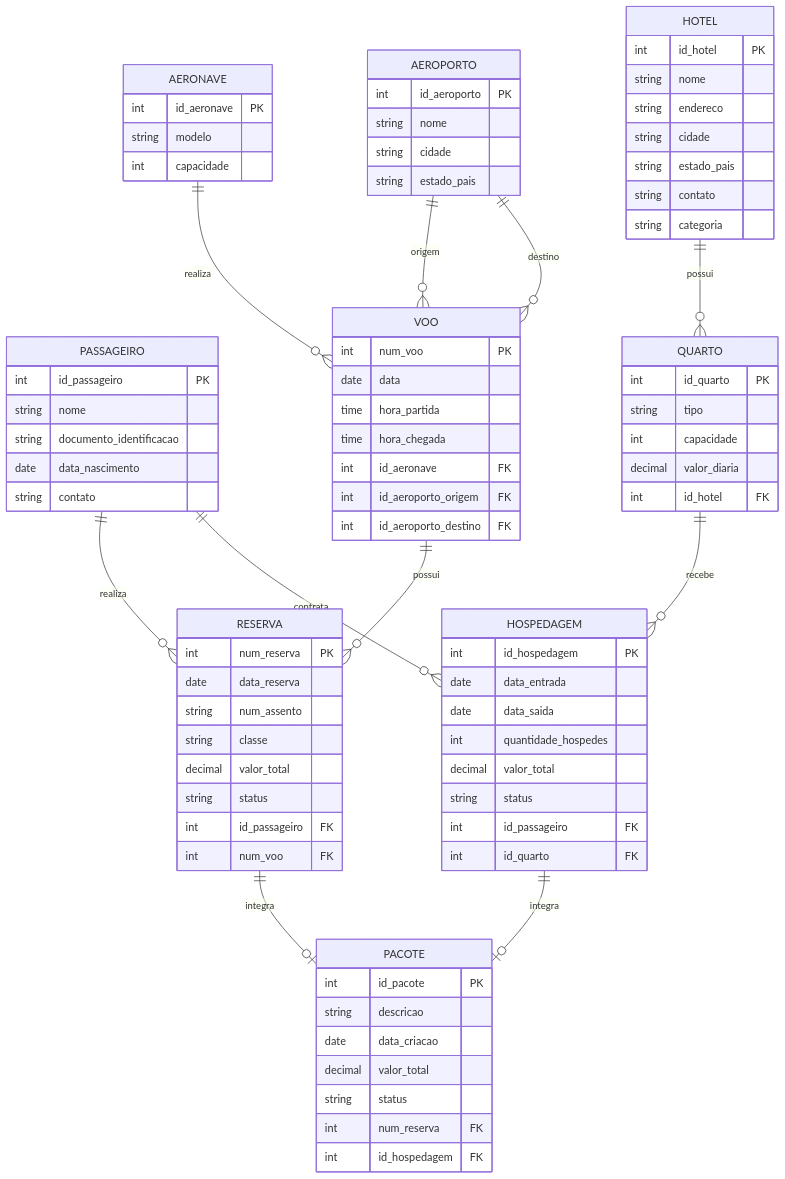
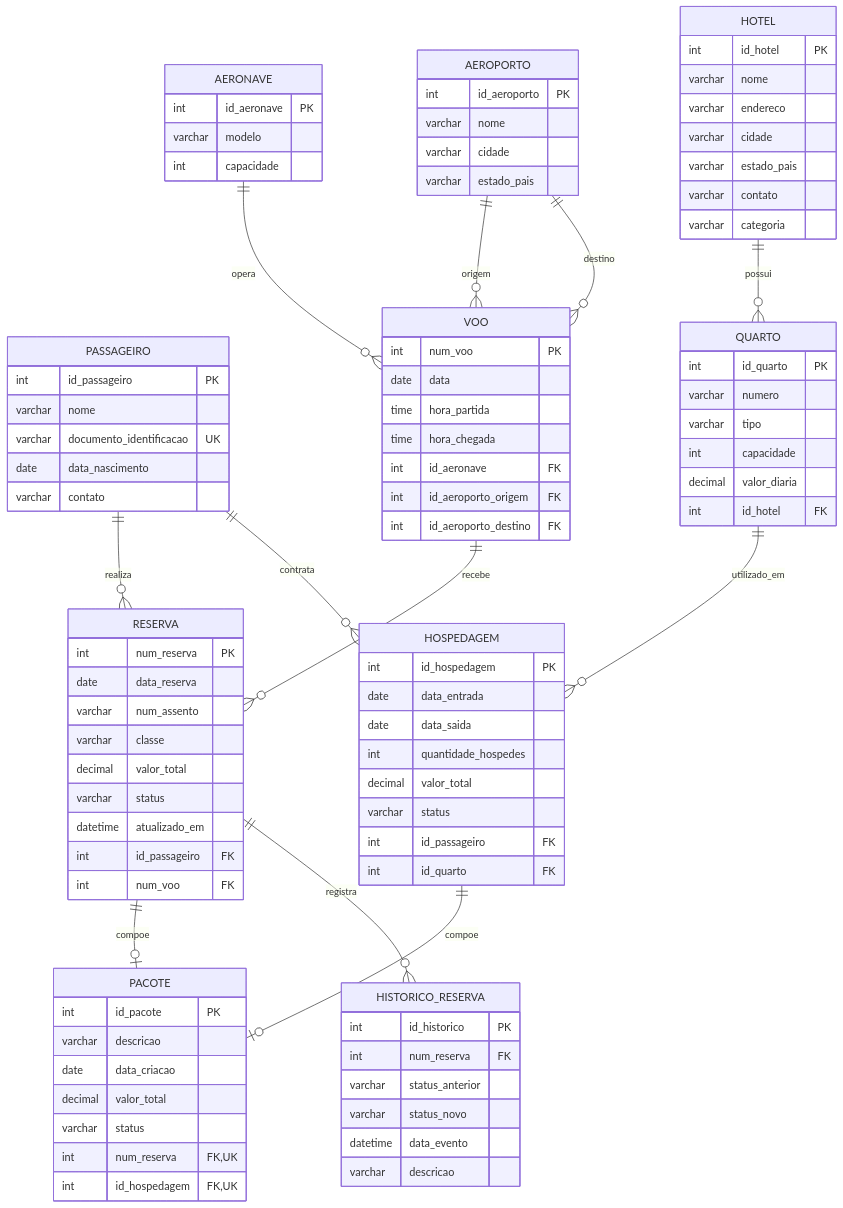
The diagram in README.md (Gabrielferso/sistema-reserva-passagens), drawn with Mermaid before and after one commit. The commit also changed other lines of this file, not shown here.

````diff
--- a/README.md
+++ b/README.md
@@ -278,97 +23,96 @@
 ```mermaid
 erDiagram
-
-    PASSAGEIRO ||--o{ RESERVA : realiza
-    VOO ||--o{ RESERVA : possui
-    AERONAVE ||--o{ VOO : realiza
-    AEROPORTO ||--o{ VOO : origem
-    AEROPORTO ||--o{ VOO : destino
-
-    HOTEL ||--o{ QUARTO : possui
-    QUARTO ||--o{ HOSPEDAGEM : recebe
-    PASSAGEIRO ||--o{ HOSPEDAGEM : contrata
-
-    RESERVA ||--o| PACOTE : integra
-    HOSPEDAGEM ||--o| PACOTE : integra
-
-    PASSAGEIRO {
-        int id_passageiro PK
-        string nome
-        string documento_identificacao
-        date data_nascimento
-        string contato
-    }
-
-    AERONAVE {
-        int id_aeronave PK
-        string modelo
-        int capacidade
-    }
-
-    AEROPORTO {
-        int id_aeroporto PK
-        string nome
-        string cidade
-        string estado_pais
-    }
-
-    VOO {
-        int num_voo PK
-        date data
-        time hora_partida
-        time hora_chegada
-        int id_aeronave FK
-        int id_aeroporto_origem FK
-        int id_aeroporto_destino FK
-    }
-
-    RESERVA {
-        int num_reserva PK
-        date data_reserva
-        string num_assento
-        string classe
-        decimal valor_total
-        string status
-        int id_passageiro FK
-        int num_voo FK
-    }
-
-    HOTEL {
-        int id_hotel PK
-        string nome
-        string endereco
-        string cidade
-        string estado_pais
-        string contato
-        string categoria
-    }
-
-    QUARTO {
-        int id_quarto PK
-        string tipo
-        int capacidade
-        decimal valor_diaria
-        int id_hotel FK
-    }
-
-    HOSPEDAGEM {
-        int id_hospedagem PK
-        date data_entrada
-        date data_saida
-        int quantidade_hospedes
-        decimal valor_total
-        string status
-        int id_passageiro FK
-        int id_quarto FK
-    }
-
-    PACOTE {
-        int id_pacote PK
-        string descricao
-        date data_criacao
-        decimal valor_total
-        string status
-        int num_reserva FK
-        int id_hospedagem FK
-    }
+  PASSAGEIRO ||--o{ RESERVA : realiza
+  AERONAVE ||--o{ VOO : opera
+  AEROPORTO ||--o{ VOO : origem
+  AEROPORTO ||--o{ VOO : destino
+  VOO ||--o{ RESERVA : recebe
+  HOTEL ||--o{ QUARTO : possui
+  QUARTO ||--o{ HOSPEDAGEM : utilizado_em
+  PASSAGEIRO ||--o{ HOSPEDAGEM : contrata
+  RESERVA ||--o| PACOTE : compoe
+  HOSPEDAGEM ||--o| PACOTE : compoe
+  RESERVA ||--o{ HISTORICO_RESERVA : registra
+  PASSAGEIRO {
+    int id_passageiro PK
+    varchar nome
+    varchar documento_identificacao UK
+    date data_nascimento
+    varchar contato
+  }
+  AERONAVE {
+    int id_aeronave PK
+    varchar modelo
+    int capacidade
+  }
+  AEROPORTO {
+    int id_aeroporto PK
+    varchar nome
+    varchar cidade
+    varchar estado_pais
+  }
+  VOO {
+    int num_voo PK
+    date data
+    time hora_partida
+    time hora_chegada
+    int id_aeronave FK
+    int id_aeroporto_origem FK
+    int id_aeroporto_destino FK
+  }
+  RESERVA {
+    int num_reserva PK
+    date data_reserva
+    varchar num_assento
+    varchar classe
+    decimal valor_total
+    varchar status
+    datetime atualizado_em
+    int id_passageiro FK
+    int num_voo FK
+  }
+  HOTEL {
+    int id_hotel PK
+    varchar nome
+    varchar endereco
+    varchar cidade
+    varchar estado_pais
+    varchar contato
+    varchar categoria
+  }
+  QUARTO {
+    int id_quarto PK
+    varchar numero
+    varchar tipo
+    int capacidade
+    decimal valor_diaria
+    int id_hotel FK
+  }
+  HOSPEDAGEM {
+    int id_hospedagem PK
+    date data_entrada
+    date data_saida
+    int quantidade_hospedes
+    decimal valor_total
+    varchar status
+    int id_passageiro FK
+    int id_quarto FK
+  }
+  PACOTE {
+    int id_pacote PK
+    varchar descricao
+    date data_criacao
+    decimal valor_total
+    varchar status
+    int num_reserva FK,UK
+    int id_hospedagem FK,UK
+  }
+  HISTORICO_RESERVA {
+    int id_historico PK
+    int num_reserva FK
+    varchar status_anterior
+    varchar status_novo
+    datetime data_evento
+    varchar descricao
+  }
 ```
````
